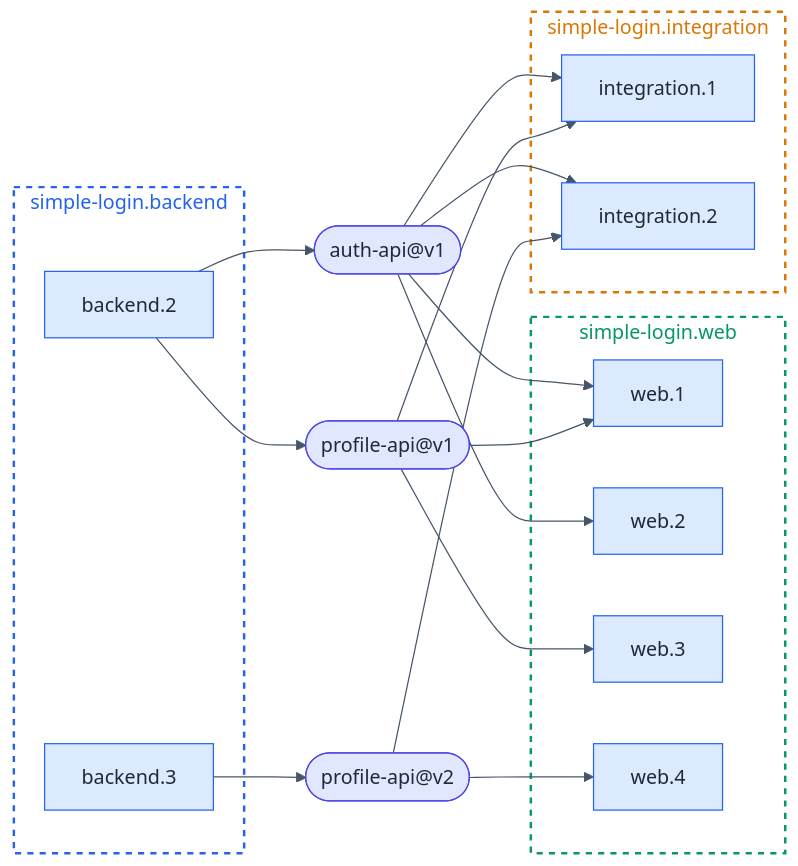
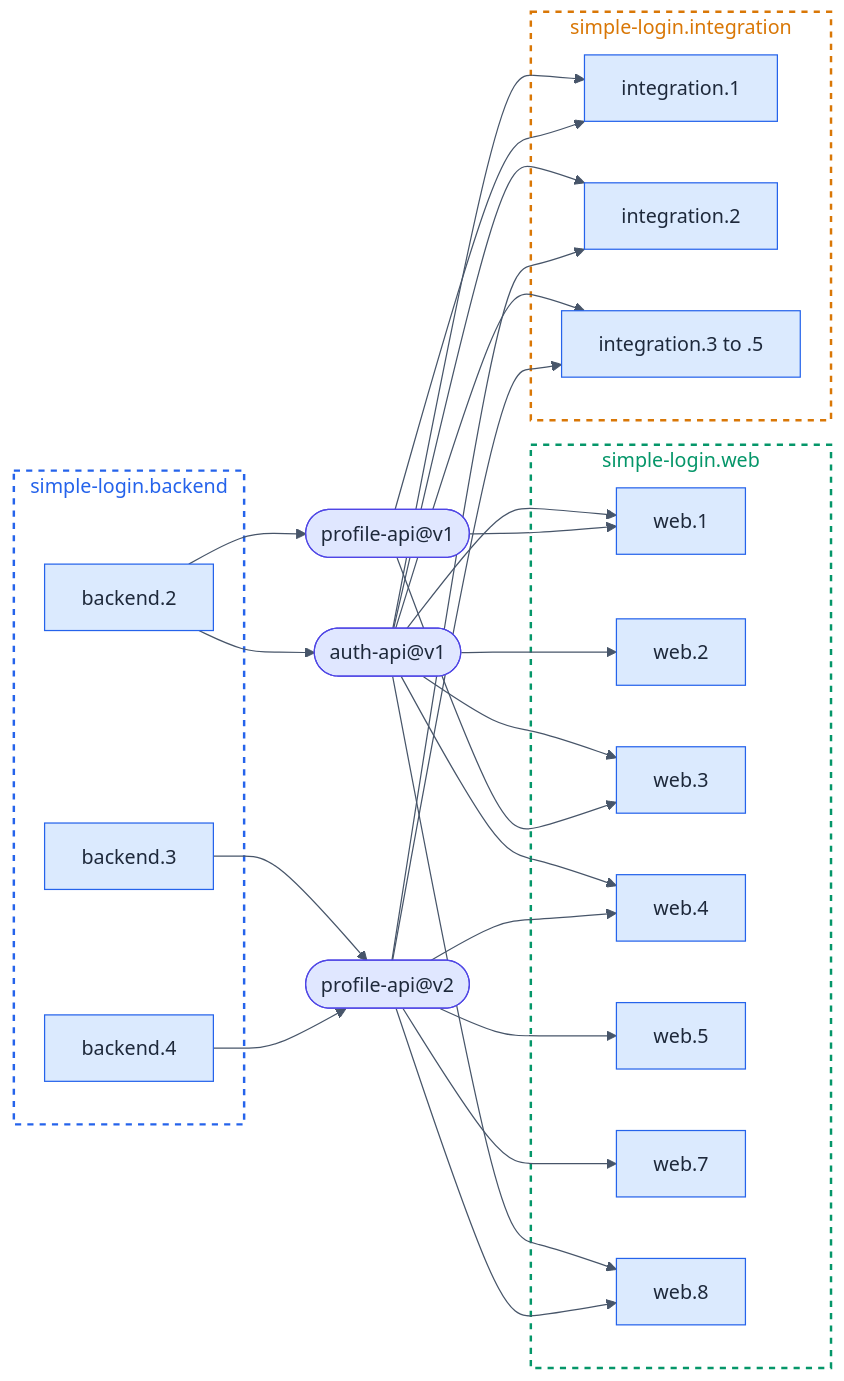
Before and after one commit to mpurbo/hsdd: the third of 4 diagrams in docs/tutorial/meeting-rooms/execute/hsdd/management/atlas.md, drawn with Mermaid. The commit also changed other lines of this file and 4 other files, not shown here.

````diff
--- a/docs/tutorial/meeting-rooms/execute/hsdd/management/atlas.md
+++ b/docs/tutorial/meeting-rooms/execute/hsdd/management/atlas.md
@@ -101,50 +120,69 @@
 ```mermaid
 %%{init:{'theme':'base','themeVariables':{'primaryTextColor':'#1e293b','lineColor':'#475569','edgeLabelBackground':'#ffffff','tertiaryTextColor':'#1e293b'}}}%%
 flowchart LR
     subgraph backend_node ["simple-login.backend"]
         B2["backend.2"]
         B3["backend.3"]
+        B4["backend.4"]
     end
     auth(["auth-api@v1"])
     p1(["profile-api@v1"])
     p2(["profile-api@v2"])
     subgraph web_node ["simple-login.web"]
         W1["web.1"]
         W2["web.2"]
         W3["web.3"]
         W4["web.4"]
+        W5["web.5"]
+        W7["web.7"]
+        W8["web.8"]
     end
     subgraph integration_node ["simple-login.integration"]
         I1["integration.1"]
         I2["integration.2"]
+        I35["integration.3 to .5"]
     end
 
     B2 --> auth
     B2 --> p1
     B3 --> p2
+    B4 --> p2
     auth --> W1
     auth --> W2
+    auth --> W3
+    auth --> W4
+    auth --> W8
     auth --> I1
     auth --> I2
+    auth --> I35
     p1 --> W1
     p1 --> W3
     p1 --> I1
     p2 --> W4
+    p2 --> W5
+    p2 --> W7
+    p2 --> W8
     p2 --> I2
+    p2 --> I35
 
     style backend_node fill:none,stroke:#2563eb,stroke-dasharray: 5 5,stroke-width:2px,color:#2563eb
     style web_node fill:none,stroke:#059669,stroke-dasharray: 5 5,stroke-width:2px,color:#059669
     style integration_node fill:none,stroke:#d97706,stroke-dasharray: 5 5,stroke-width:2px,color:#d97706
 
     style B2 fill:#dbeafe,stroke:#2563eb,color:#1e293b
     style B3 fill:#dbeafe,stroke:#2563eb,color:#1e293b
+    style B4 fill:#dbeafe,stroke:#2563eb,color:#1e293b
     style W1 fill:#dbeafe,stroke:#2563eb,color:#1e293b
     style W2 fill:#dbeafe,stroke:#2563eb,color:#1e293b
     style W3 fill:#dbeafe,stroke:#2563eb,color:#1e293b
     style W4 fill:#dbeafe,stroke:#2563eb,color:#1e293b
+    style W5 fill:#dbeafe,stroke:#2563eb,color:#1e293b
+    style W7 fill:#dbeafe,stroke:#2563eb,color:#1e293b
+    style W8 fill:#dbeafe,stroke:#2563eb,color:#1e293b
     style I1 fill:#dbeafe,stroke:#2563eb,color:#1e293b
     style I2 fill:#dbeafe,stroke:#2563eb,color:#1e293b
+    style I35 fill:#dbeafe,stroke:#2563eb,color:#1e293b
     style auth fill:#e0e7ff,stroke:#4f46e5,color:#1e293b
     style p1 fill:#e0e7ff,stroke:#4f46e5,color:#1e293b
     style p2 fill:#e0e7ff,stroke:#4f46e5,color:#1e293b
 ```
````
